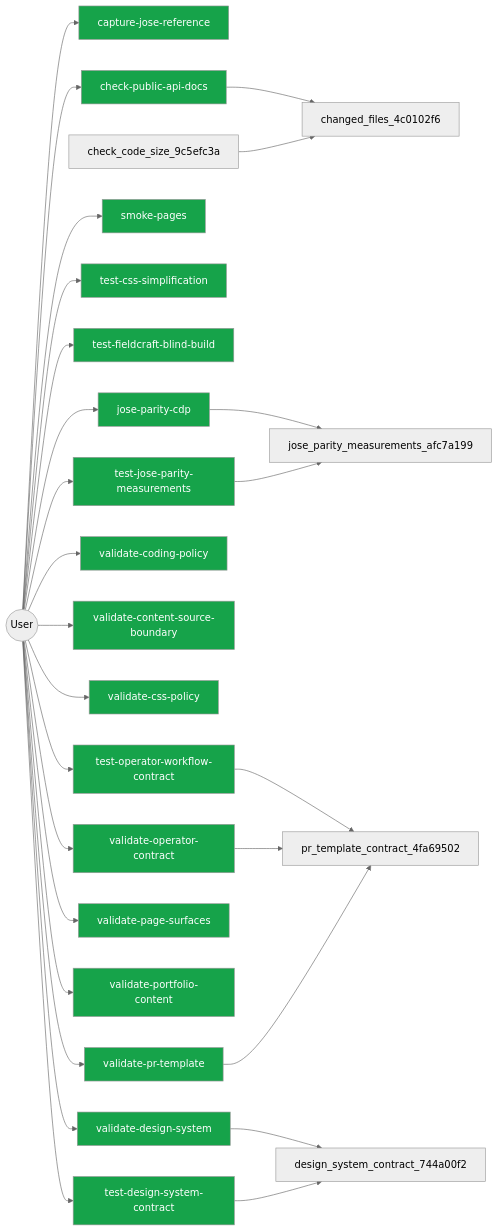
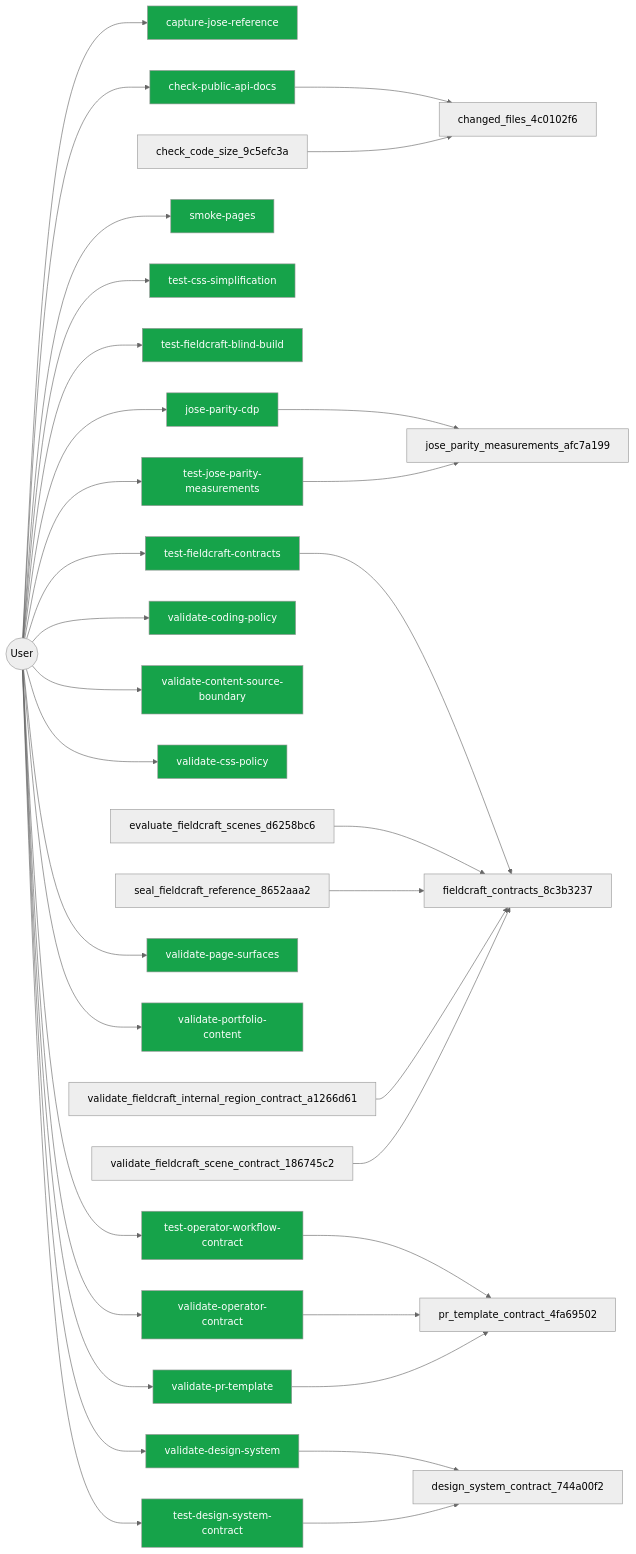
The diagram in .diagram/user.mmd (jscraik/websites), drawn with Mermaid (neutral theme) before and after one commit. The commit also changed 8 other files, not shown here.

```diff
--- a/.diagram/user.mmd
+++ b/.diagram/user.mmd
@@ -1,47 +1,54 @@
 flowchart LR
   User(("User"))
   capture_jose_reference_e7b66705["capture-jose-reference"]
   User --> capture_jose_reference_e7b66705
   check_public_api_docs_a9604f1b["check-public-api-docs"]
   User --> check_public_api_docs_a9604f1b
   jose_parity_cdp_bdcde21d["jose-parity-cdp"]
   User --> jose_parity_cdp_bdcde21d
   smoke_pages_9a92b30d["smoke-pages"]
   User --> smoke_pages_9a92b30d
   test_css_simplification_05516724["test-css-simplification"]
   User --> test_css_simplification_05516724
   test_fieldcraft_blind_build_ec0e094c["test-fieldcraft-blind-build"]
   User --> test_fieldcraft_blind_build_ec0e094c
+  test_fieldcraft_contracts_82274efa["test-fieldcraft-contracts"]
+  User --> test_fieldcraft_contracts_82274efa
   test_jose_parity_measurements_2477824f["test-jose-parity-measurements"]
   User --> test_jose_parity_measurements_2477824f
   test_operator_workflow_contract_b4a152d7["test-operator-workflow-contract"]
   User --> test_operator_workflow_contract_b4a152d7
   validate_coding_policy_29976175["validate-coding-policy"]
   User --> validate_coding_policy_29976175
   validate_content_source_boundary_8a6f121b["validate-content-source-boundary"]
   User --> validate_content_source_boundary_8a6f121b
   validate_css_policy_1c5ec854["validate-css-policy"]
   User --> validate_css_policy_1c5ec854
   validate_design_system_b8a5f37c["validate-design-system"]
   User --> validate_design_system_b8a5f37c
   validate_operator_contract_f777ed78["validate-operator-contract"]
   User --> validate_operator_contract_f777ed78
   validate_page_surfaces_078ef6b6["validate-page-surfaces"]
   User --> validate_page_surfaces_078ef6b6
   validate_portfolio_content_6d36990e["validate-portfolio-content"]
   User --> validate_portfolio_content_6d36990e
   validate_pr_template_1fc39e13["validate-pr-template"]
   User --> validate_pr_template_1fc39e13
   check_public_api_docs_a9604f1b --> changed_files_4c0102f6
   jose_parity_cdp_bdcde21d --> jose_parity_measurements_afc7a199
+  test_fieldcraft_contracts_82274efa --> fieldcraft_contracts_8c3b3237
   test_jose_parity_measurements_2477824f --> jose_parity_measurements_afc7a199
   test_operator_workflow_contract_b4a152d7 --> pr_template_contract_4fa69502
   validate_design_system_b8a5f37c --> design_system_contract_744a00f2
   validate_operator_contract_f777ed78 --> pr_template_contract_4fa69502
   validate_pr_template_1fc39e13 --> pr_template_contract_4fa69502
   check_code_size_9c5efc3a --> changed_files_4c0102f6
+  evaluate_fieldcraft_scenes_d6258bc6 --> fieldcraft_contracts_8c3b3237
+  seal_fieldcraft_reference_8652aaa2 --> fieldcraft_contracts_8c3b3237
+  validate_fieldcraft_internal_region_contract_a1266d61 --> fieldcraft_contracts_8c3b3237
+  validate_fieldcraft_scene_contract_186745c2 --> fieldcraft_contracts_8c3b3237
   test_design_system_contract_2b5439cd --> design_system_contract_744a00f2
   classDef userNode fill:#16a34a,color:#fff
   test_design_system_contract_2b5439cd["test-design-system-contract"]
   User --> test_design_system_contract_2b5439cd
-  class capture_jose_reference_e7b66705,check_public_api_docs_a9604f1b,jose_parity_cdp_bdcde21d,smoke_pages_9a92b30d,test_css_simplification_05516724,test_fieldcraft_blind_build_ec0e094c,test_jose_parity_measurements_2477824f,test_operator_workflow_contract_b4a152d7,validate_coding_policy_29976175,validate_content_source_boundary_8a6f121b,validate_css_policy_1c5ec854,validate_design_system_b8a5f37c,validate_operator_contract_f777ed78,validate_page_surfaces_078ef6b6,validate_portfolio_content_6d36990e,validate_pr_template_1fc39e13,test_design_system_contract_2b5439cd userNode
+  class capture_jose_reference_e7b66705,check_public_api_docs_a9604f1b,jose_parity_cdp_bdcde21d,smoke_pages_9a92b30d,test_css_simplification_05516724,test_fieldcraft_blind_build_ec0e094c,test_fieldcraft_contracts_82274efa,test_jose_parity_measurements_2477824f,test_operator_workflow_contract_b4a152d7,validate_coding_policy_29976175,validate_content_source_boundary_8a6f121b,validate_css_policy_1c5ec854,validate_design_system_b8a5f37c,validate_operator_contract_f777ed78,validate_page_surfaces_078ef6b6,validate_portfolio_content_6d36990e,validate_pr_template_1fc39e13,test_design_system_contract_2b5439cd userNode
```
